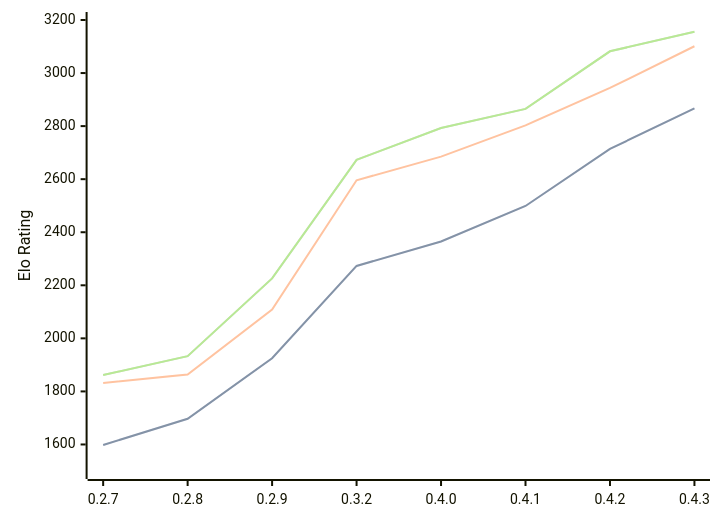
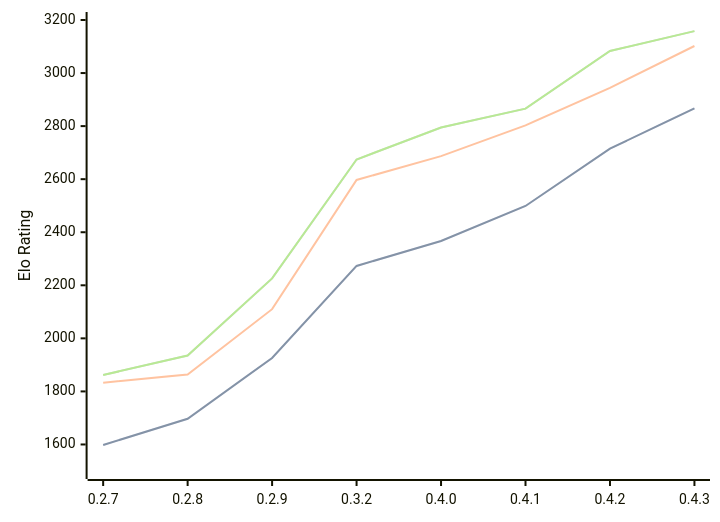
The diagram in engines/Dual.md (computer-chess-index/cci), drawn with Mermaid before and after one commit. The commit also changed other lines of this file, not shown here.

Commit message:
Update CCI Ratings (ELO VLTC) - 2026-09-14

````diff
--- a/engines/Dual.md
+++ b/engines/Dual.md
@@ -40,11 +40,11 @@
 ```mermaid
 %%{init: {"theme":"base","themeVariables":{"seriesColors:['#a3a3a3','#222221','#faa371']}}}%%
 xychart-beta
   x-axis ["0.2.7", "0.2.8", "0.2.9", "0.3.2", "0.4.0", "0.4.1", "0.4.2", "0.4.3"]
   y-axis "Elo Rating" 1500 --> 3200
-  line "" [1598, 1697, 1925, 2273, 2365, 2499, 2714, 2867]
-  line "STC (8.0+0.08s)" [1598, 1697, 1925, 2273, 2365, 2499, 2714, 2867]
-  line "LTC (60.0+0.60s)" [1832, 1864, 2109, 2596, 2685, 2803, 2944, 3101]
-  line "" [1862, 1933, 2226, 2673, 2793, 2865, 3082, 3156]
-  line "VLTC (2m24s+1.12s)" [1862, 1933, 2226, 2673, 2793, 2865, 3082, 3156]
+  line "" [1598, 1697, 1926, 2273, 2367, 2499, 2715, 2867]
+  line "STC (8.0+0.08s)" [1598, 1697, 1926, 2273, 2367, 2499, 2715, 2867]
+  line "LTC (60.0+0.60s)" [1833, 1864, 2110, 2597, 2687, 2803, 2944, 3102]
+  line "" [1862, 1935, 2226, 2674, 2795, 2866, 3083, 3158]
+  line "VLTC (2m24s+1.12s)" [1862, 1935, 2226, 2674, 2795, 2866, 3083, 3158]
 ```
````
